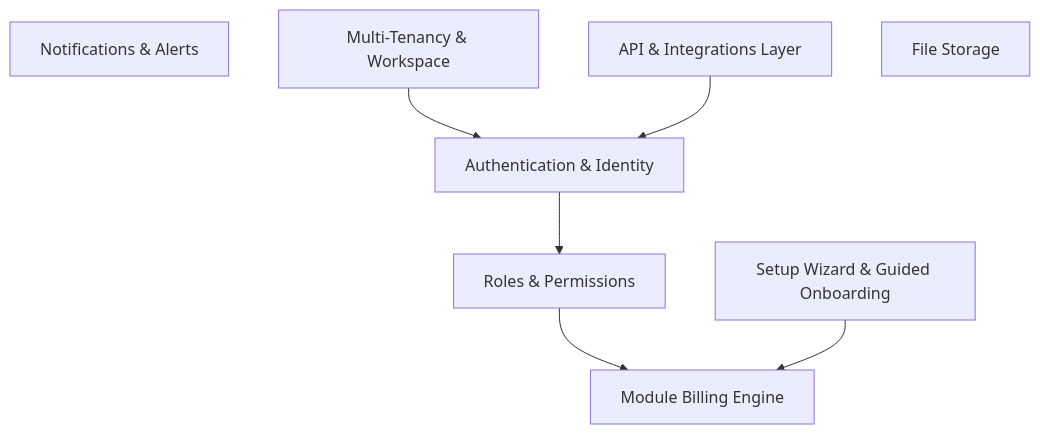
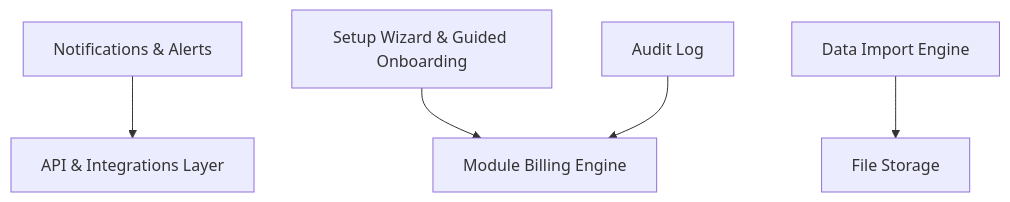
The diagram in flowflex-vault/left-brain/domains/01_core-platform/MOC_CorePlatform.md (Max-Nijenkamp/FlowFlex), drawn with Mermaid before and after one commit. The commit also changed other lines of this file and 47 other files, not shown here.

Commit message:
finish flowflex vault

````diff
--- a/flowflex-vault/left-brain/domains/01_core-platform/MOC_CorePlatform.md
+++ b/flowflex-vault/left-brain/domains/01_core-platform/MOC_CorePlatform.md
@@ -25,17 +25,15 @@
 ```mermaid
 graph TD
-    AUTH["Authentication & Identity"]
-    RBAC["Roles & Permissions"]
     BILLING["Module Billing Engine"]
     NOTIFY["Notifications & Alerts"]
     API["API & Integrations Layer"]
-    MT["Multi-Tenancy & Workspace"]
     FILES["File Storage"]
     WIZARD["Setup Wizard & Guided Onboarding"]
+    AUDIT["Audit Log"]
+    IMPORT["Data Import Engine"]
 
-    AUTH --> RBAC
-    RBAC --> BILLING
-    MT --> AUTH
     WIZARD --> BILLING
-    API --> AUTH
+    NOTIFY --> API
+    IMPORT --> FILES
+    AUDIT --> BILLING
 ```
````
